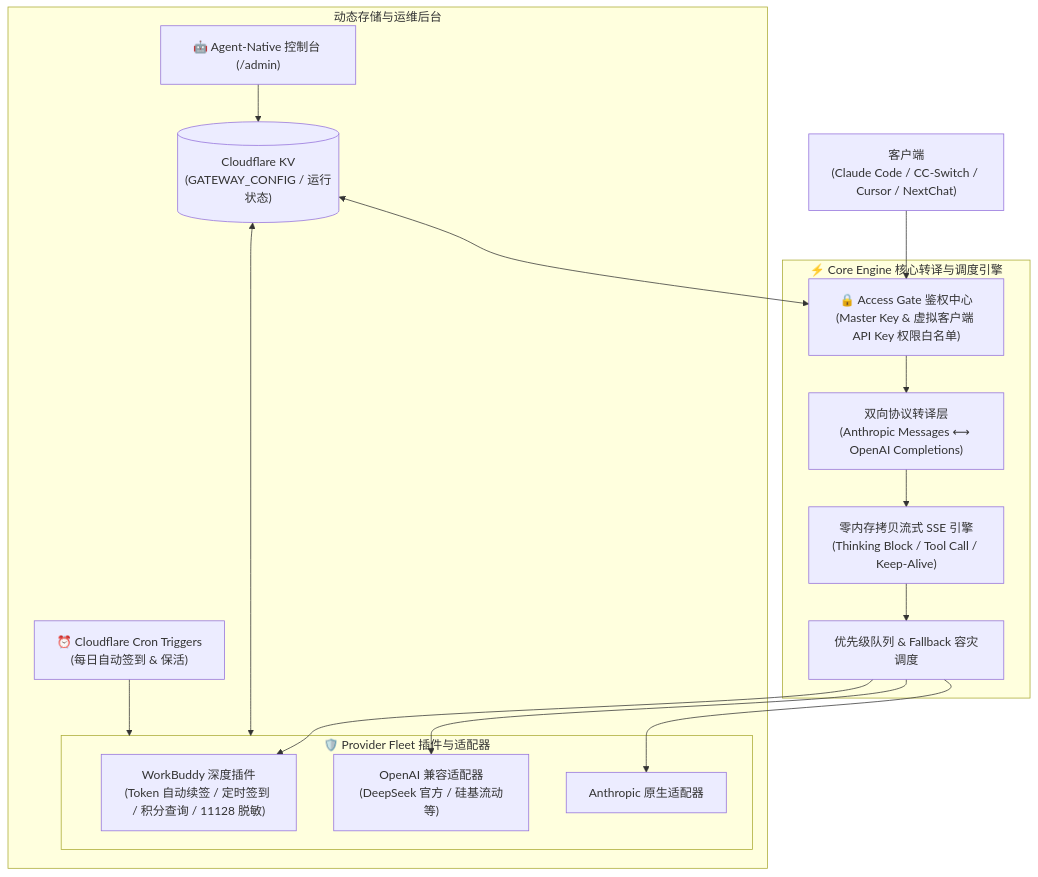
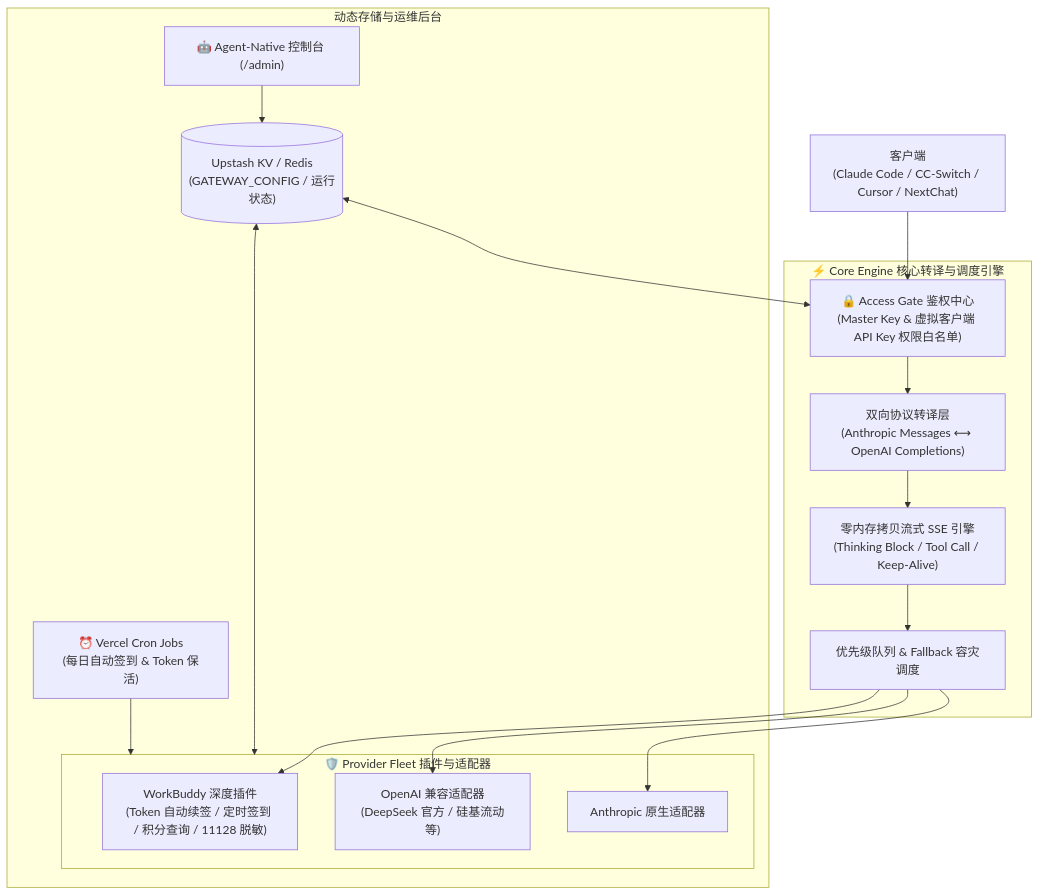
One commit to Ericsunsk/Universal-AI-Gateway changed the diagram in README.md. Above: the diagram before and after it, drawn with Mermaid. The commit also changed other lines of this file and 12 other files, not shown here.

First line of the commit message:
chore(platform): drop Cloudflare Workers, go all-in on Vercel

````diff
--- a/README.md
+++ b/README.md
@@ -46,23 +45,23 @@
 ```mermaid
 flowchart TD
     Client["客户端<br/>(Claude Code / CC-Switch / Cursor / NextChat)"] --> Gate["🔒 Access Gate 鉴权中心<br/>(Master Key & 虚拟客户端 API Key 权限白名单)"]
     
     subgraph Engine ["⚡ Core Engine 核心转译与调度引擎"]
         Gate --> Trans["双向协议转译层<br/>(Anthropic Messages ⟷ OpenAI Completions)"]
         Trans --> Stream["零内存拷贝流式 SSE 引擎<br/>(Thinking Block / Tool Call / Keep-Alive)"]
         Stream --> Fallback["优先级队列 & Fallback 容灾调度"]
     end
     
     subgraph Fleet ["🛡️ Provider Fleet 插件与适配器"]
         Fallback --> P_WB["WorkBuddy 深度插件<br/>(Token 自动续签 / 定时签到 / 积分查询 / 11128 脱敏)"]
         Fallback --> P_OAI["OpenAI 兼容适配器<br/>(DeepSeek 官方 / 硅基流动等)"]
         Fallback --> P_ANT["Anthropic 原生适配器"]
     end
     
     subgraph Storage ["动态存储与运维后台"]
-        KV[("Cloudflare KV<br/>(GATEWAY_CONFIG / 运行状态)")] <--> Gate
+        KV[("Upstash KV / Redis<br/>(GATEWAY_CONFIG / 运行状态)")] <--> Gate
         KV <--> Fleet
         Admin["🤖 Agent-Native 控制台 (/admin)"] --> KV
-        Cron["⏰ Cloudflare Cron Triggers<br/>(每日自动签到 & 保活)"] --> Fleet
+        Cron["⏰ Vercel Cron Jobs<br/>(每日自动签到 & Token 保活)"] --> Fleet
     end
 ```
````
